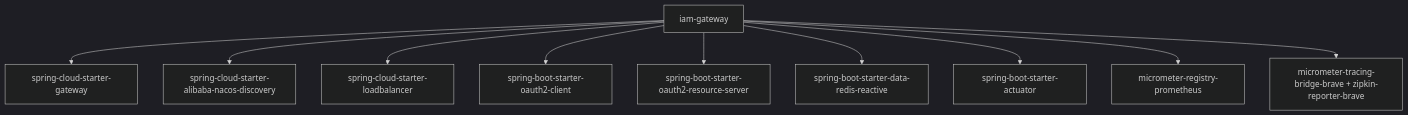
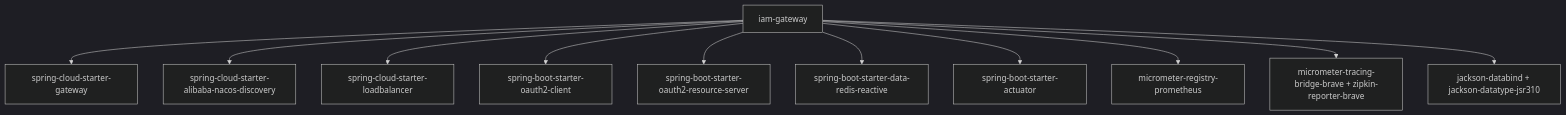
Before and after one commit to fq0121104930716/iam-platform: the seventh of 7 diagrams in .qoder/repowiki/zh/content/核心模块/API网关 (iam-gateway).md, drawn with Mermaid (dark theme). The commit also changed other lines of this file and 13 other files, not shown here.

````diff
--- a/.qoder/repowiki/zh/content/核心模块/API网关 (iam-gateway).md
+++ b/.qoder/repowiki/zh/content/核心模块/API网关 (iam-gateway).md
@@ -249,12 +325,13 @@
 ```mermaid
 graph TB
 G["iam-gateway"] --> GW["spring-cloud-starter-gateway"]
 G --> ND["spring-cloud-starter-alibaba-nacos-discovery"]
 G --> LB["spring-cloud-starter-loadbalancer"]
 G --> OC["spring-boot-starter-oauth2-client"]
 G --> OR["spring-boot-starter-oauth2-resource-server"]
 G --> SR["spring-boot-starter-data-redis-reactive"]
 G --> AC["spring-boot-starter-actuator"]
 G --> PR["micrometer-registry-prometheus"]
 G --> ZK["micrometer-tracing-bridge-brave + zipkin-reporter-brave"]
+G --> JM["jackson-databind + jackson-datatype-jsr310"]
 ```
````
